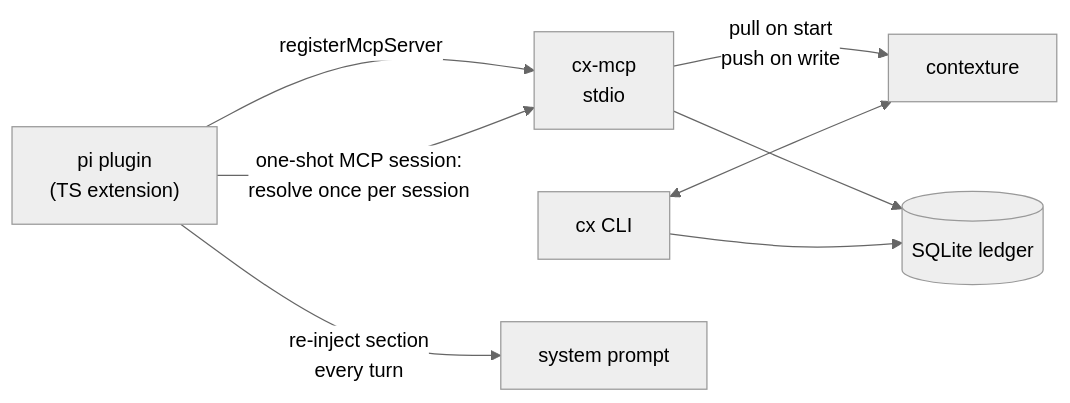
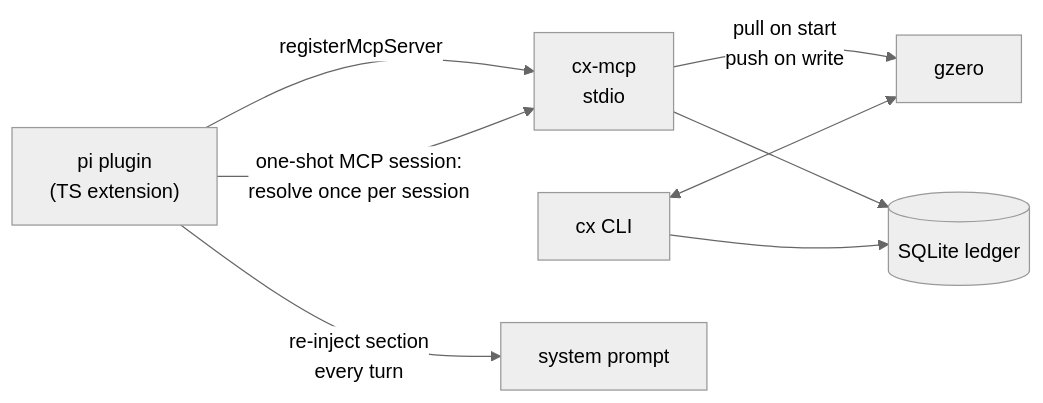
Before and after one commit to fluid-notion-labs/gzero: the diagram in research/pi-plugin.md, drawn with Mermaid (neutral theme). The commit also changed other lines of this file and 60 other files, not shown here.

First line of the commit message:
rename: contexture is now gzero

````diff
--- a/research/pi-plugin.md
+++ b/research/pi-plugin.md
@@ -22,10 +22,10 @@
 ```mermaid
 flowchart LR
     P["pi plugin\n(TS extension)"] -- "registerMcpServer" --> M["cx-mcp\nstdio"]
-    M -- "pull on start\npush on write" --> H["contexture"]
+    M -- "pull on start\npush on write" --> H["gzero"]
     M --> DB[("SQLite ledger")]
     CX["cx CLI"] --> DB
     CX <--> H
     P -- "one-shot MCP session:\nresolve once per session" --> M
     P -- "re-inject section\nevery turn" --> S["system prompt"]
 ```
````
